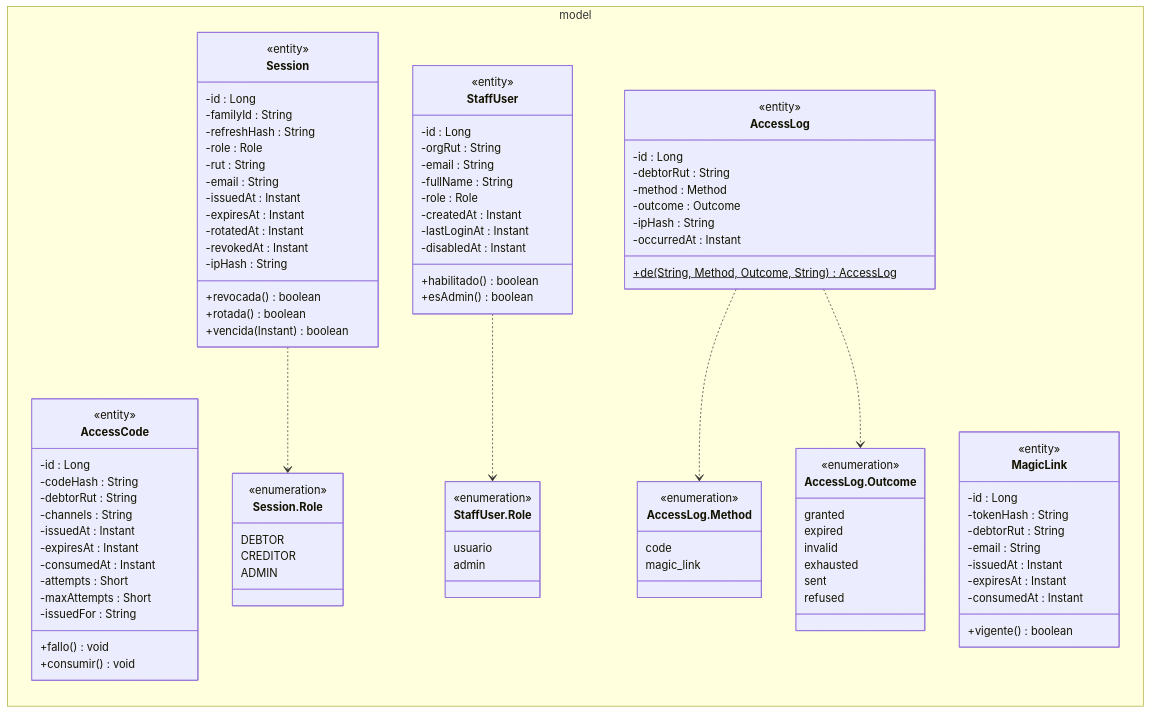
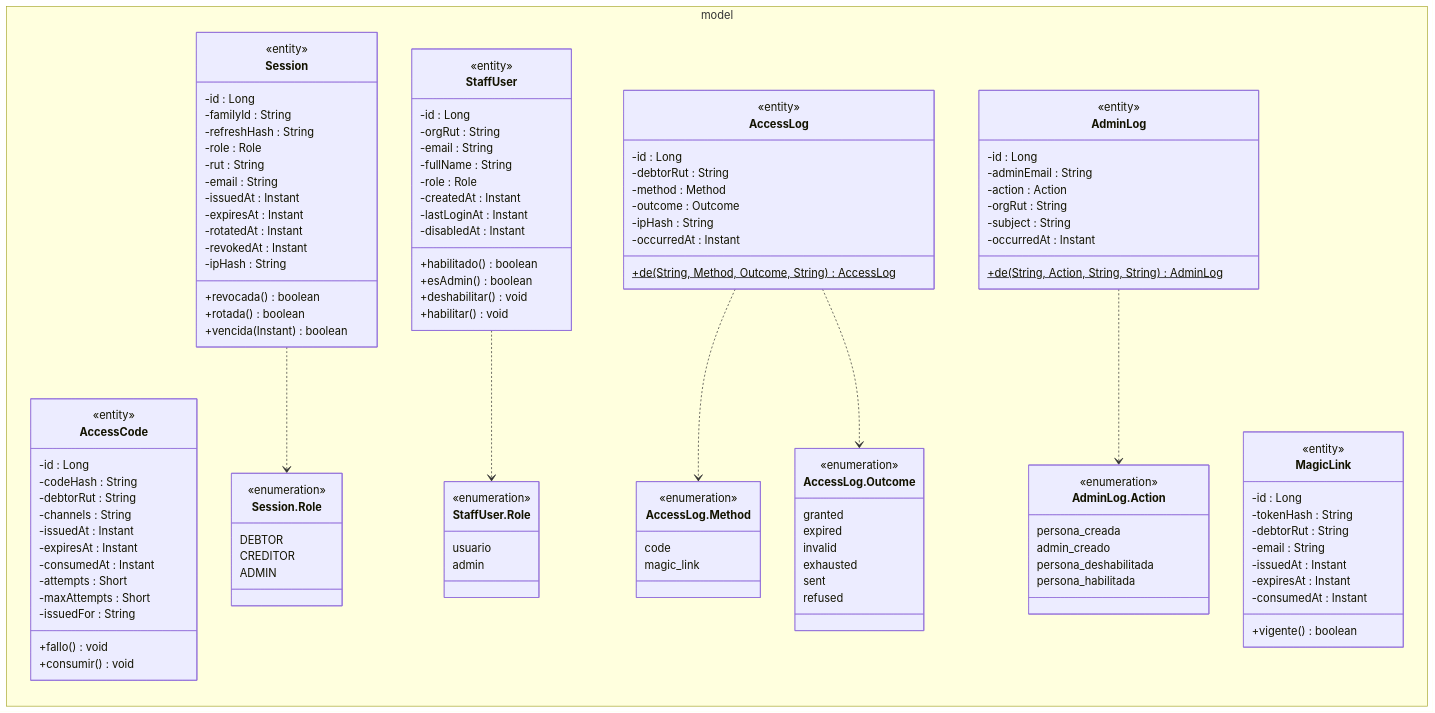
Before and after one commit to TechnicalBridge/DataBridge: the second of 17 diagrams in docs/diagramas/clases.md, drawn with Mermaid. The commit also changed other lines of this file and 62 other files, not shown here.

````diff
--- a/docs/diagramas/clases.md
+++ b/docs/diagramas/clases.md
@@ -158,6 +160,8 @@
             -disabledAt : Instant
             +habilitado() boolean
             +esAdmin() boolean
+            +deshabilitar() void
+            +habilitar() void
         }
         class StaffUser_Role["StaffUser.Role"] {
             <<enumeration>>
@@ -188,9 +192,27 @@
             sent
             refused
         }
+        class AdminLog {
+            <<entity>>
+            -id : Long
+            -adminEmail : String
+            -action : Action
+            -orgRut : String
+            -subject : String
+            -occurredAt : Instant
+            +de(String, Action, String, String)$ AdminLog
+        }
+        class AdminLog_Action["AdminLog.Action"] {
+            <<enumeration>>
+            persona_creada
+            admin_creado
+            persona_deshabilitada
+            persona_habilitada
+        }
     }
     Session ..> Session_Role
     StaffUser ..> StaffUser_Role
     AccessLog ..> AccessLog_Method
     AccessLog ..> AccessLog_Outcome
+    AdminLog ..> AdminLog_Action
 ```
````
